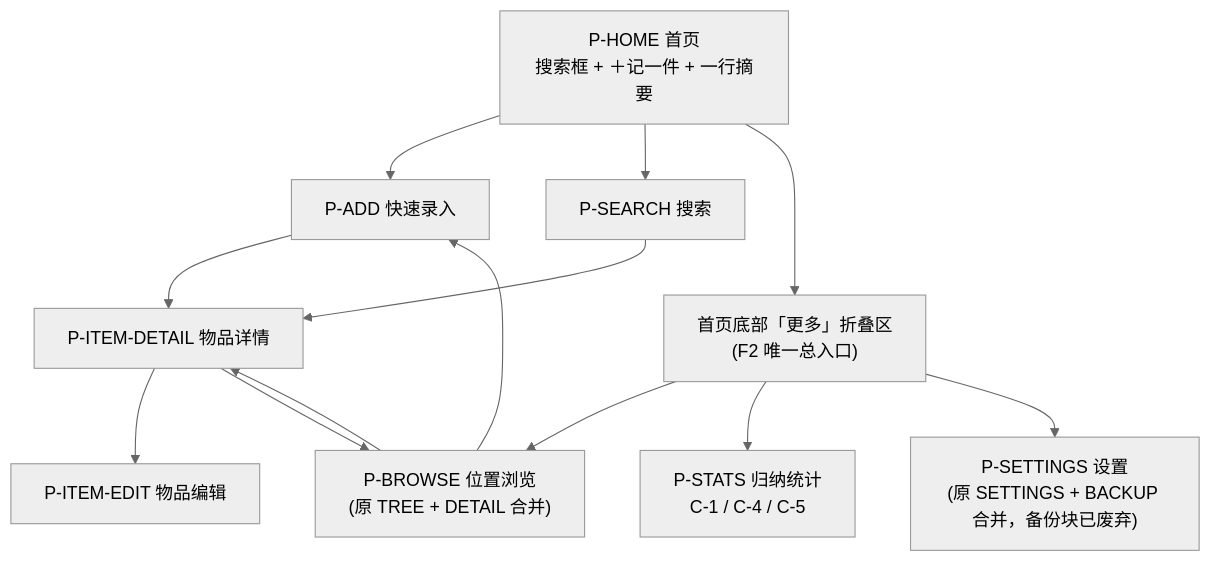
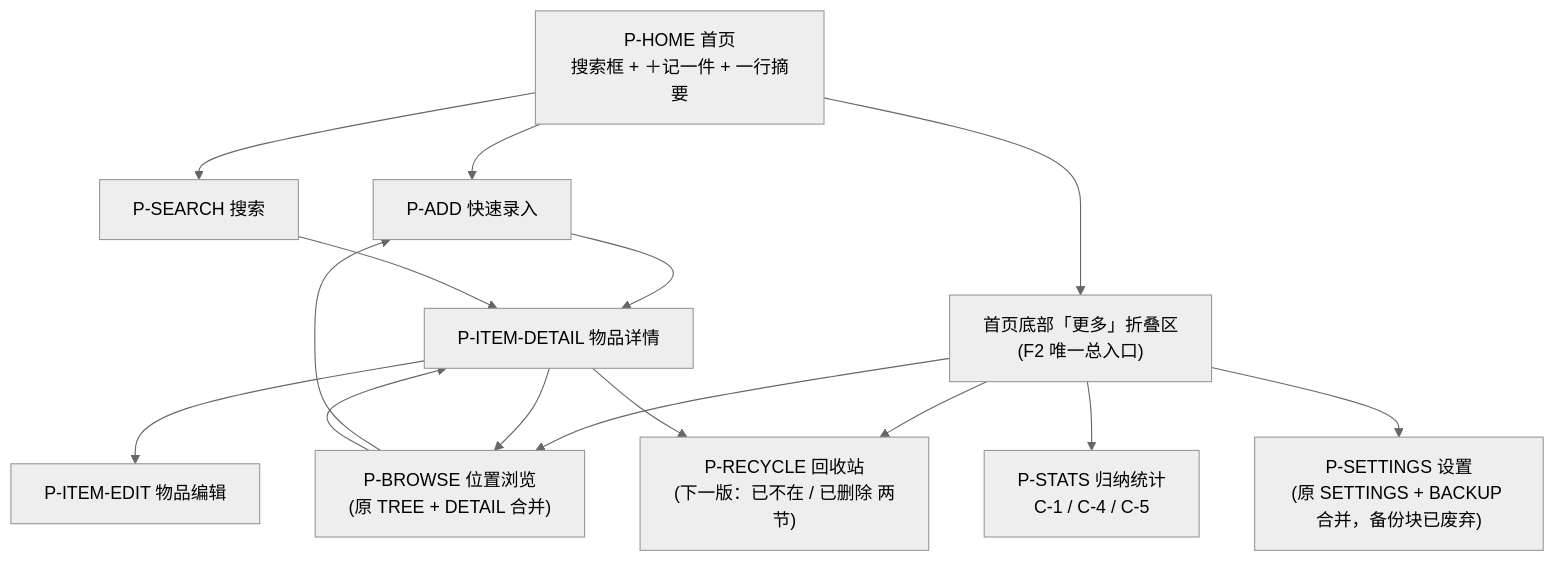
The diagram in docs/prd/07-页面结构与关键交互.md (dreamfound/shouna), drawn with Mermaid (neutral theme) before and after one commit. The commit also changed other lines of this file and 51 other files, not shown here.

Commit message:
feat: 语音输入与拍照落地（FR-18/FR-16，迁移 2→3 加 item.photo_path）+ 补 ARCHITECTURE-AI/P2 与 code-map 实现地图

````diff
--- a/docs/prd/07-页面结构与关键交互.md
+++ b/docs/prd/07-页面结构与关键交互.md
@@ -35,25 +38,28 @@
 ```mermaid
 graph TD
     HOME["P-HOME 首页<br/>搜索框 + ＋记一件 + 一行摘要"]
     MORE["首页底部「更多」折叠区<br/>(F2 唯一总入口)"]
     ADD["P-ADD 快速录入"]
     SEARCH["P-SEARCH 搜索"]
     ITEMDET["P-ITEM-DETAIL 物品详情"]
     BROWSE["P-BROWSE 位置浏览<br/>(原 TREE + DETAIL 合并)"]
     STATS["P-STATS 归纳统计<br/>C-1 / C-4 / C-5"]
     EDIT["P-ITEM-EDIT 物品编辑"]
     SET["P-SETTINGS 设置<br/>(原 SETTINGS + BACKUP 合并，备份块已废弃)"]
+    RECYCLE["P-RECYCLE 回收站<br/>(下一版：已不在 / 已删除 两节)"]
 
     HOME --> ADD
     HOME --> SEARCH
     HOME --> MORE
     MORE --> BROWSE
     MORE --> STATS
     MORE --> SET
+    MORE --> RECYCLE
     ADD --> ITEMDET
     SEARCH --> ITEMDET
     BROWSE --> ADD
     BROWSE --> ITEMDET
     ITEMDET --> EDIT
     ITEMDET --> BROWSE
+    ITEMDET --> RECYCLE
 ```
````
